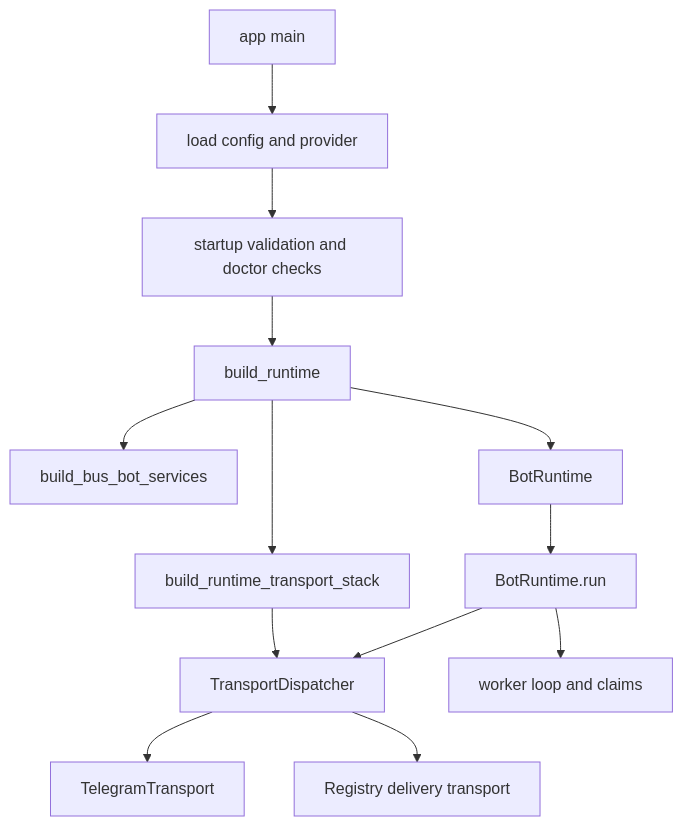
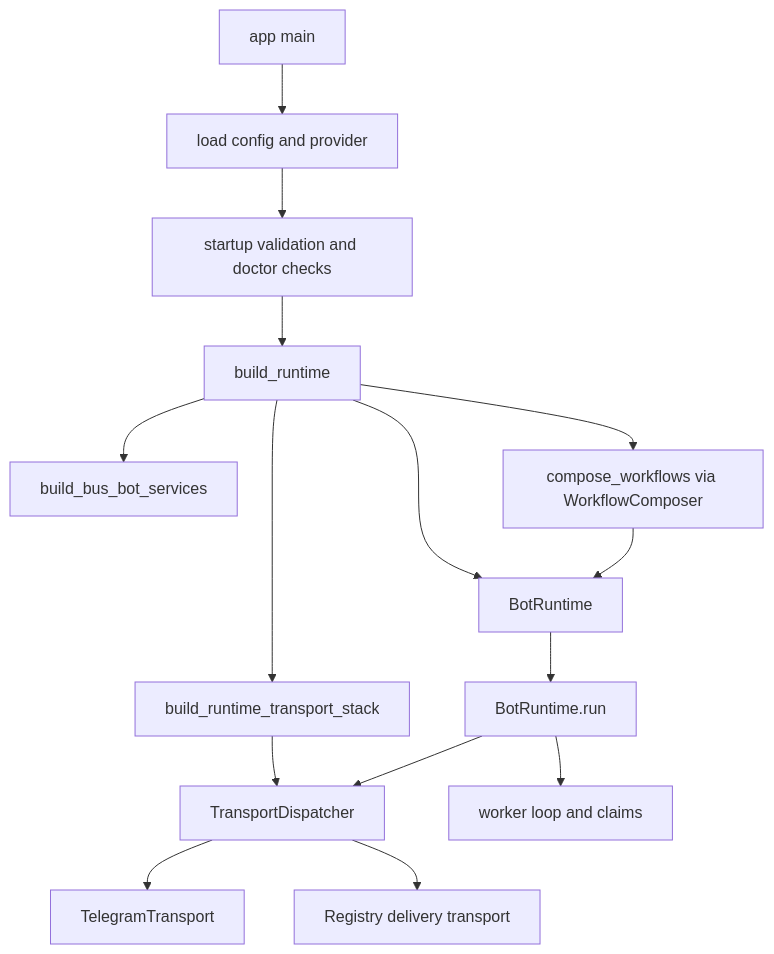
One commit to privacynow/octopus changed the fifth of 8 diagrams in ARCHITECTURE.md. Above: the diagram before and after it, drawn with Mermaid. The commit also changed other lines of this file and 1 other file, not shown here.

Commit message:
Update README and architecture docs

````diff
--- a/ARCHITECTURE.md
+++ b/ARCHITECTURE.md
@@ -367,28 +416,31 @@
 ```mermaid
 flowchart TD
     main["app main"]
     load["load config and provider"]
     validate["startup validation and doctor checks"]
     build["build_runtime"]
     bot_services["build_bus_bot_services"]
+    workflow_comp["compose_workflows via WorkflowComposer"]
     transport_stack["build_runtime_transport_stack"]
     runtime["BotRuntime"]
     run["BotRuntime.run"]
     dispatcher["TransportDispatcher"]
     telegram["TelegramTransport"]
     registry_delivery["Registry delivery transport"]
     worker["worker loop and claims"]
 
     main --> load
     load --> validate
     validate --> build
     build --> bot_services
+    build --> workflow_comp
     build --> transport_stack
     build --> runtime
+    workflow_comp --> runtime
     transport_stack --> dispatcher
     dispatcher --> telegram
     dispatcher --> registry_delivery
     runtime --> run
     run --> dispatcher
     run --> worker
 ```
````
